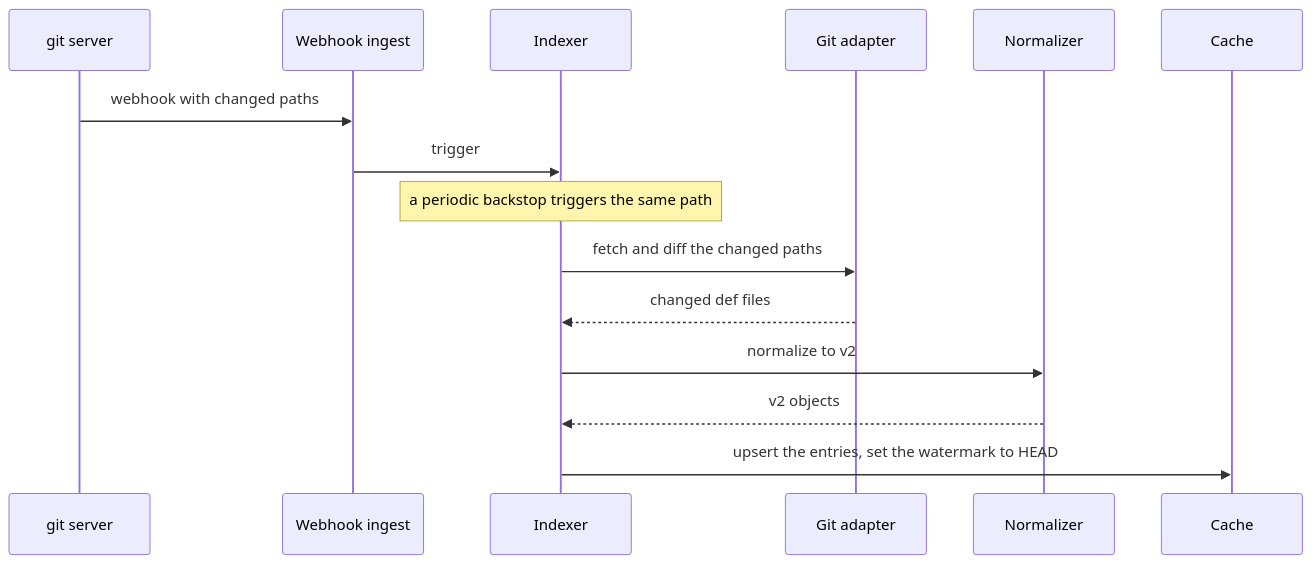
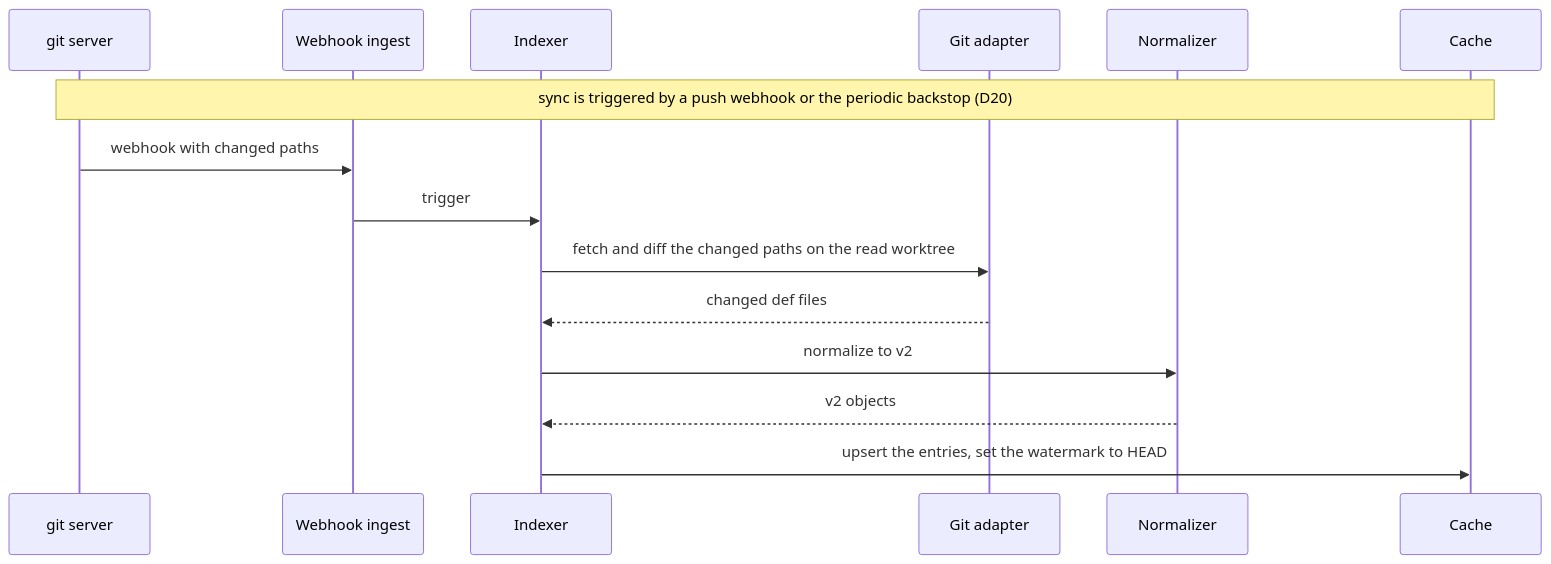
The fourth of 5 diagrams in docs/analysis/app-reg-def-service/design/architecture.md (Netcracker/qubership-envgene), drawn with Mermaid before and after one commit. The commit also changed other lines of this file, not shown here.

First line of the commit message:
docs: address architecture.md review (round 2)

````diff
--- a/docs/analysis/app-reg-def-service/design/architecture.md
+++ b/docs/analysis/app-reg-def-service/design/architecture.md
@@ -90,17 +90,17 @@
 ```mermaid
 sequenceDiagram
   participant GS as git server
   participant WI as Webhook ingest
   participant IX as Indexer
   participant GA as Git adapter
   participant N as Normalizer
   participant Cache
+  Note over GS,Cache: sync is triggered by a push webhook or the periodic backstop (D20)
   GS->>WI: webhook with changed paths
   WI->>IX: trigger
-  Note over IX: a periodic backstop triggers the same path
-  IX->>GA: fetch and diff the changed paths
+  IX->>GA: fetch and diff the changed paths on the read worktree
   GA-->>IX: changed def files
   IX->>N: normalize to v2
   N-->>IX: v2 objects
   IX->>Cache: upsert the entries, set the watermark to HEAD
 ```
````
